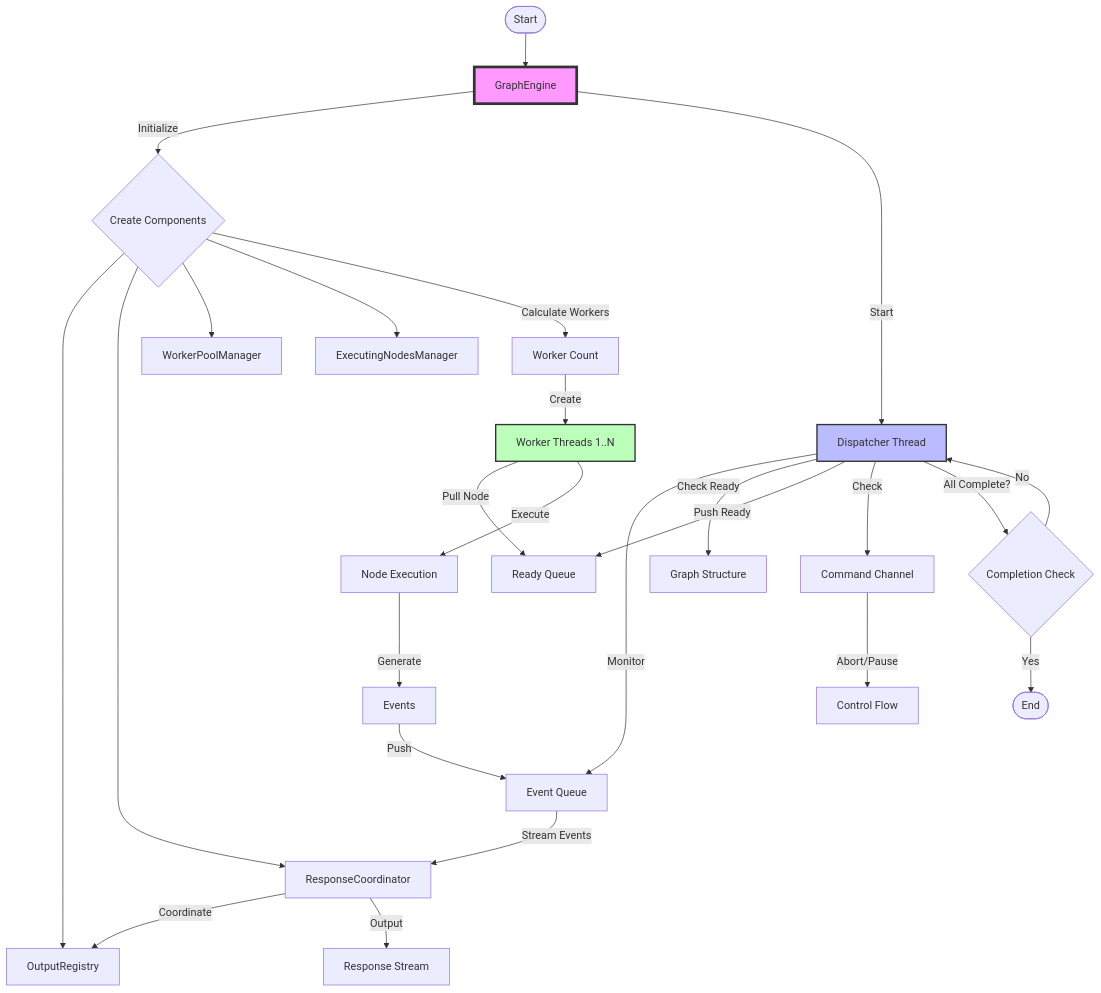
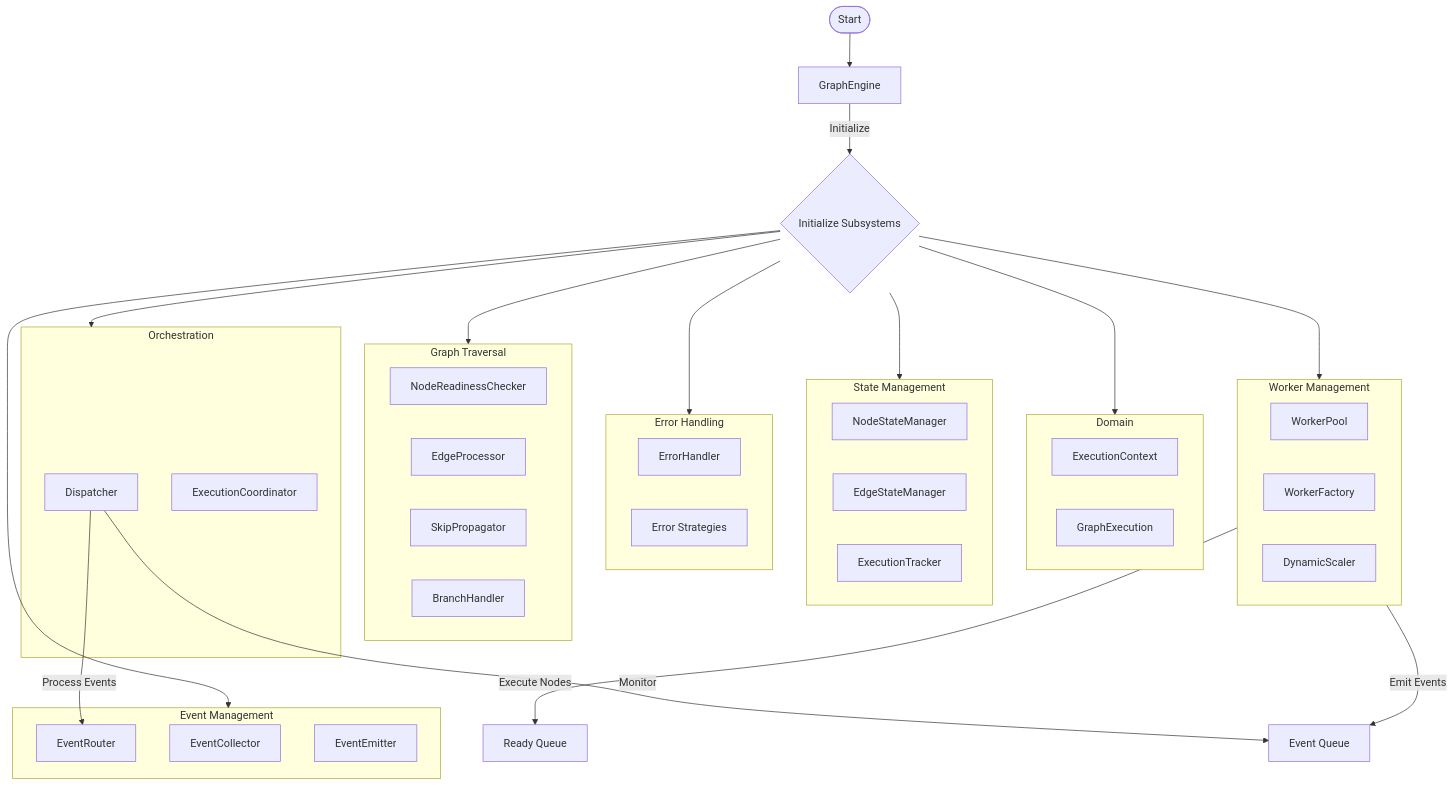
The diagram in api/core/workflow/graph_engine/README.md (langgenius/dify), drawn with Mermaid before and after one commit. The commit also changed other lines of this file and 43 other files, not shown here.

Commit message:
refactor: re-structure graph engine

````diff
--- a/api/core/workflow/graph_engine/README.md
+++ b/api/core/workflow/graph_engine/README.md
@@ -31,39 +104,59 @@
 ```mermaid
 flowchart TB
     Start([Start]) --> GE[GraphEngine]
     
-    GE --> |Initialize| Components{Create Components}
-    Components --> OM[OutputRegistry]
-    Components --> RC[ResponseCoordinator]
-    Components --> WPM[WorkerPoolManager]
-    Components --> ENM[ExecutingNodesManager]
+    GE --> |Initialize| Subsystems{Initialize Subsystems}
     
-    Components --> |Calculate Workers| WC[Worker Count]
-    WC --> |Create| Workers[Worker Threads 1..N]
+    subgraph Domain
+        EC[ExecutionContext]
+        GEx[GraphExecution]
+    end
     
-    GE --> |Start| Dispatcher[Dispatcher Thread]
+    subgraph EventMgmt[Event Management]
+        ER[EventRouter]
+        EColl[EventCollector]
+        EE[EventEmitter]
+    end
     
-    Dispatcher --> |Monitor| EQ[Event Queue]
-    Dispatcher --> |Check Ready| Graph[Graph Structure]
-    Dispatcher --> |Push Ready| RQ[Ready Queue]
+    subgraph StateMgmt[State Management]
+        NSM[NodeStateManager]
+        ESM[EdgeStateManager]
+        ET[ExecutionTracker]
+    end
     
-    Workers --> |Pull Node| RQ
-    Workers --> |Execute| Node[Node Execution]
-    Node --> |Generate| Events[Events]
-    Events --> |Push| EQ
+    subgraph ErrorHandling[Error Handling]
+        EH[ErrorHandler]
+        Strategies[Error Strategies]
+    end
     
-    EQ --> |Stream Events| RC
-    RC --> |Coordinate| OM
-    RC --> |Output| Stream[Response Stream]
+    subgraph Traversal[Graph Traversal]
+        NRC[NodeReadinessChecker]
+        EP[EdgeProcessor]
+        SP[SkipPropagator]
+        BH[BranchHandler]
+    end
     
-    Dispatcher --> |Check| CC[Command Channel]
-    CC --> |Abort/Pause| Control[Control Flow]
+    subgraph Workers[Worker Management]
+        WP[WorkerPool]
+        WF[WorkerFactory]
+        DS[DynamicScaler]
+    end
     
-    Dispatcher --> |All Complete?| Check{Completion Check}
-    Check --> |No| Dispatcher
-    Check --> |Yes| End([End])
+    subgraph Orchestration
+        Disp[Dispatcher]
+        ExecCoord[ExecutionCoordinator]
+    end
     
-    style GE fill:#f9f,stroke:#333,stroke-width:4px
-    style Dispatcher fill:#bbf,stroke:#333,stroke-width:2px
-    style Workers fill:#bfb,stroke:#333,stroke-width:2px
+    Subsystems --> Domain
+    Subsystems --> EventMgmt
+    Subsystems --> StateMgmt
+    Subsystems --> ErrorHandling
+    Subsystems --> Traversal
+    Subsystems --> Workers
+    Subsystems --> Orchestration
+    
+    Disp --> |Process Events| ER
+    Workers --> |Execute Nodes| ReadyQueue[Ready Queue]
+    Workers --> |Emit Events| EventQueue[Event Queue]
+    Disp --> |Monitor| EventQueue
 ```
````
